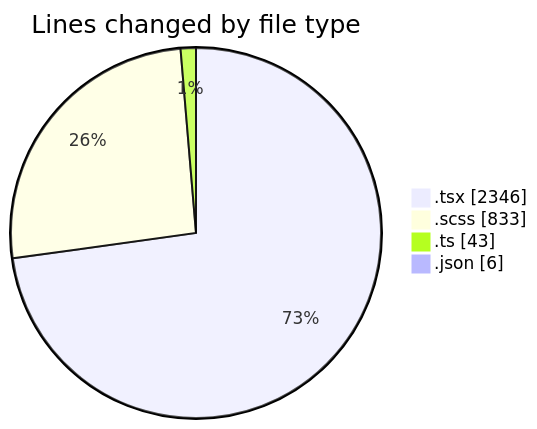
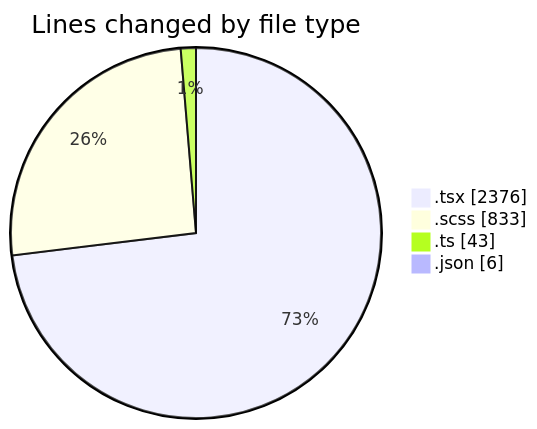
One commit to momahboobian/code-tracking changed the first of 2 diagrams in 2025-10-06/cda/README.md. Above: the diagram before and after it, drawn with Mermaid. The commit also changed other lines of this file and 1 other file, not shown here.

````diff
--- a/2025-10-06/cda/README.md
+++ b/2025-10-06/cda/README.md
@@ -27,8 +27,8 @@
 ```mermaid
 pie showData
 title Lines changed by file type
-".tsx" : 2346
+".tsx" : 2376
 ".scss" : 833
 ".ts" : 43
 ".json" : 6
 ```
````
